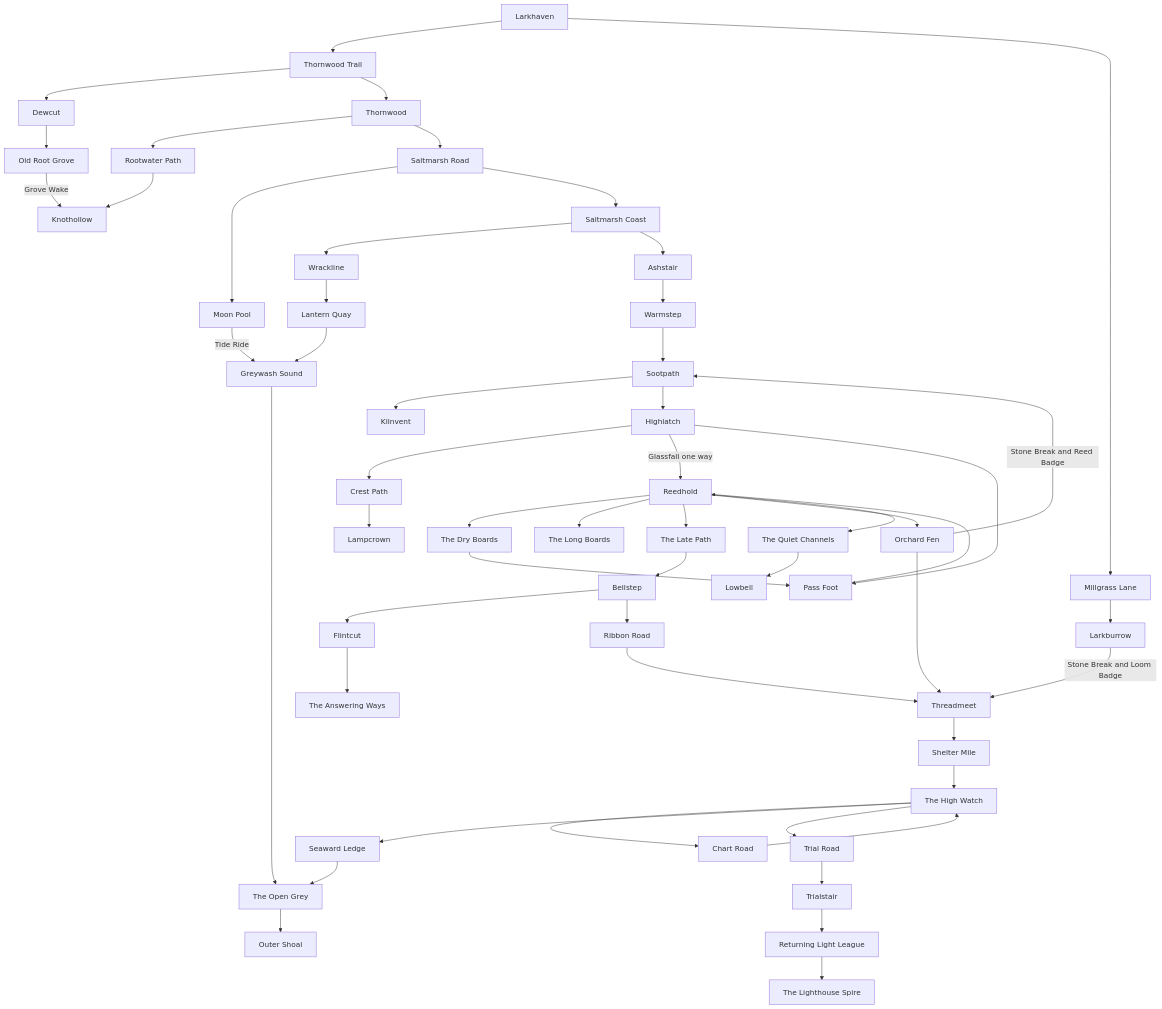
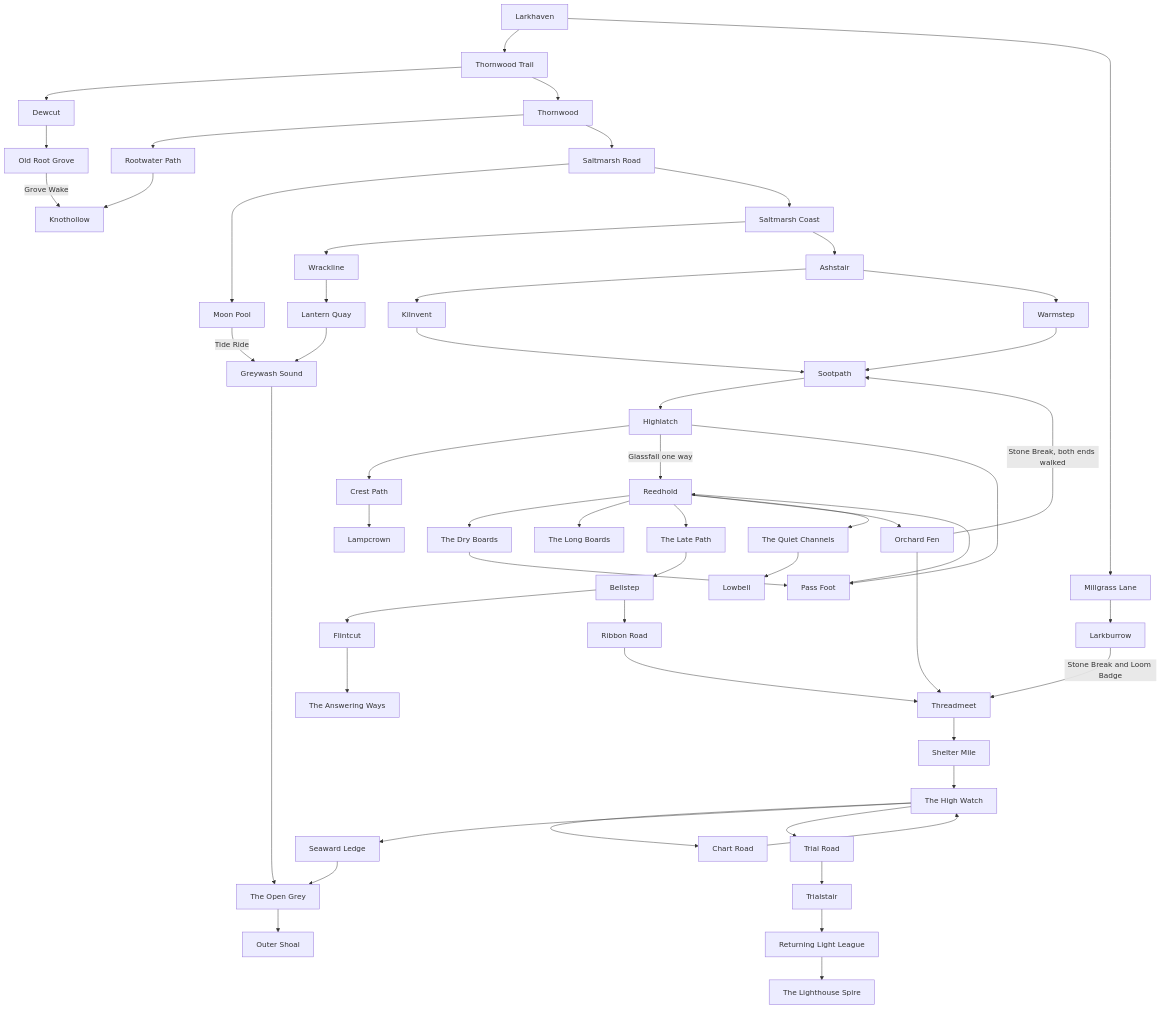
One commit to ecbarish/generations changed the diagram in docs/plans/wildbond-world-design.md. Above: the diagram before and after it, drawn with Mermaid. The commit also changed other lines of this file, not shown here.

````diff
--- a/docs/plans/wildbond-world-design.md
+++ b/docs/plans/wildbond-world-design.md
@@ -144,56 +158,57 @@
 ```mermaid
 flowchart TB
   LH[Larkhaven] --> TT[Thornwood Trail]
   LH --> MG[Millgrass Lane]
   MG --> LB[Larkburrow]
   TT --> DC[Dewcut]
   DC --> ORG[Old Root Grove]
   TT --> TW[Thornwood]
   TW --> RW[Rootwater Path]
   RW --> KH[Knothollow]
   ORG -->|Grove Wake| KH
   TW --> SR[Saltmarsh Road]
   SR --> MP[Moon Pool]
   SR --> SC[Saltmarsh Coast]
   SC --> WL[Wrackline]
   WL --> LQ[Lantern Quay]
   MP -->|Tide Ride| GS[Greywash Sound]
   LQ --> GS
   SC --> AS[Ashstair]
+  AS --> KV[Kilnvent]
   AS --> WS[Warmstep]
   WS --> SP[Sootpath]
-  SP --> KV[Kilnvent]
+  KV --> SP
   SP --> HL[Highlatch]
   HL --> CP[Crest Path]
   CP --> LC[Lampcrown]
   HL -->|Glassfall one way| RH[Reedhold]
   HL --> PF[Pass Foot]
   PF --> RH
   RH --> DB[The Dry Boards]
   DB --> PF
   RH --> LBo[The Long Boards]
   RH --> LP[The Late Path]
   RH --> OF[Orchard Fen]
-  OF -->|Stone Break and Reed Badge| SP
+  OF -->|Stone Break, both ends walked| SP
   OF --> MEET[Threadmeet]
   LP --> BS[Bellstep]
   BS --> FC[Flintcut]
   FC --> AW[The Answering Ways]
   BS --> RR[Ribbon Road]
   RR --> MEET
   LB -->|Stone Break and Loom Badge| MEET
   MEET --> SM[Shelter Mile]
   SM --> HW[The High Watch]
   HW --> CR[Chart Road]
   CR --> HW
   HW --> SL[Seaward Ledge]
   SL --> OG[The Open Grey]
   GS --> OG
   OG --> OS[Outer Shoal]
   HW --> TR[Trial Road]
   TR --> TS[Trialstair]
   TS --> LG[Returning Light League]
   LG --> SPI[The Lighthouse Spire]
   RH --> QC[The Quiet Channels]
   QC --> LO[Lowbell]
 ```
````
